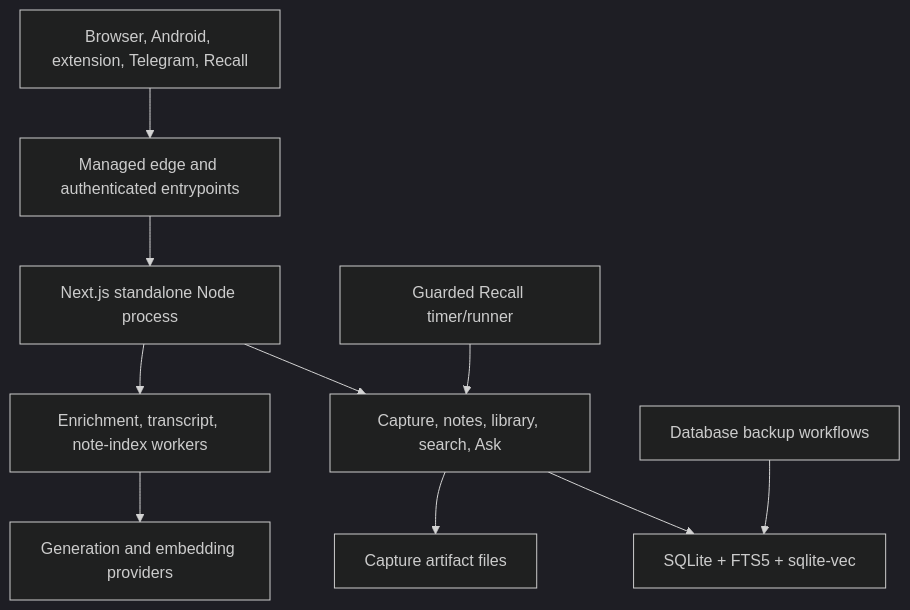
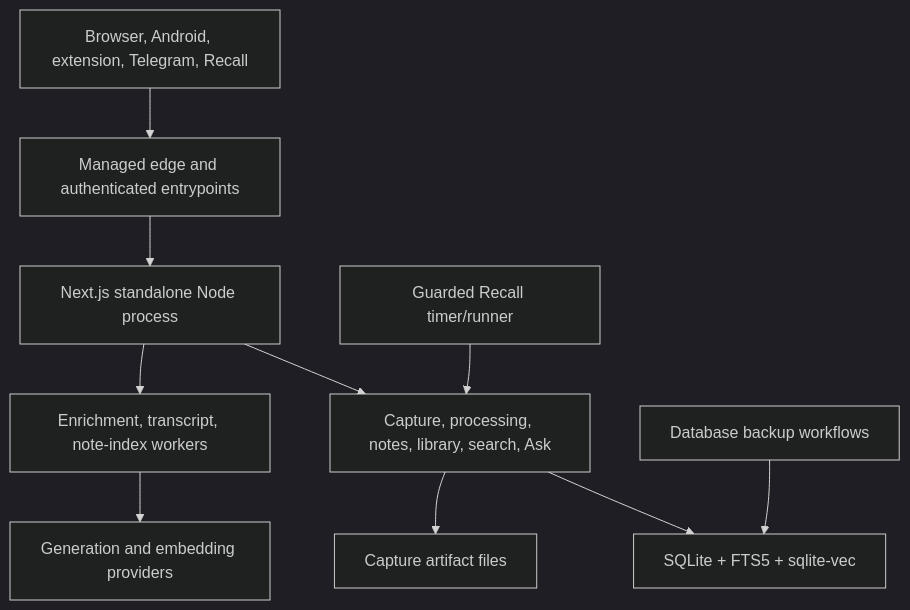
One commit to arunpr614/ai-brain changed the diagram in docs/wiki/System-Architecture.md. Above: the diagram before and after it, drawn with Mermaid (dark theme). The commit also changed other lines of this file and 51 other files, not shown here.

````diff
--- a/docs/wiki/System-Architecture.md
+++ b/docs/wiki/System-Architecture.md
@@ -10,12 +10,12 @@
 ```mermaid
 flowchart TB
   clients["Browser, Android, extension, Telegram, Recall"] --> edge["Managed edge and authenticated entrypoints"]
   edge --> web["Next.js standalone Node process"]
-  web --> domain["Capture, notes, library, search, Ask"]
+  web --> domain["Capture, processing, notes, library, search, Ask"]
   domain --> db["SQLite + FTS5 + sqlite-vec"]
   domain --> artifacts["Capture artifact files"]
   web --> workers["Enrichment, transcript, note-index workers"]
   workers --> providers["Generation and embedding providers"]
   recall["Guarded Recall timer/runner"] --> domain
   backups["Database backup workflows"] --> db
 ```
````
